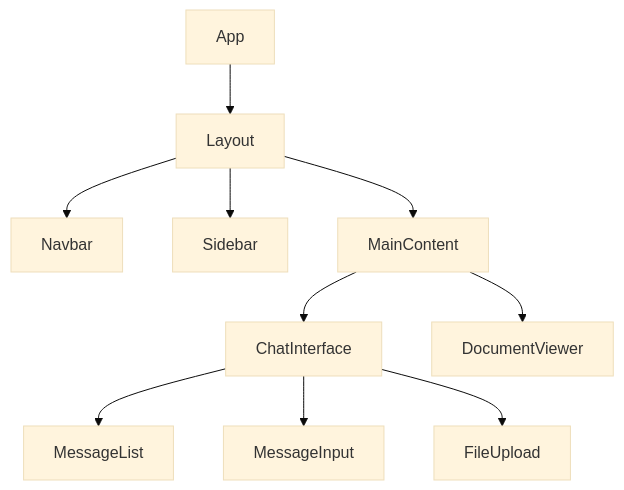
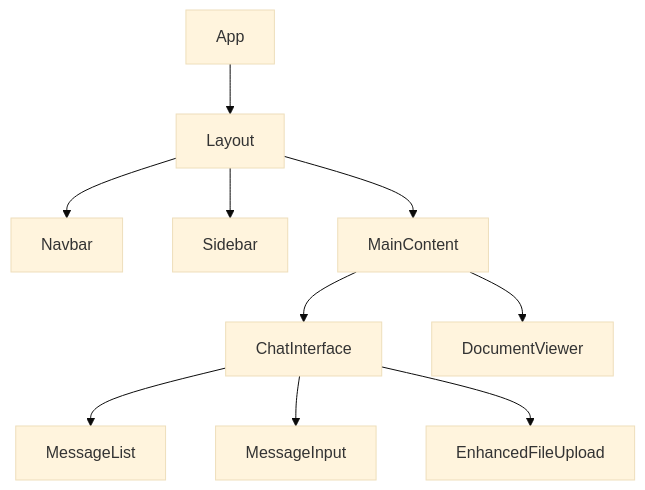
The diagram in docs/frontend_components.rst (aniketsharma21/rag_llm), drawn with Mermaid (base theme) before and after one commit. The commit also changed other lines of this file and 4 other files, not shown here.

```diff
--- a/docs/frontend_components.rst
+++ b/docs/frontend_components.rst
@@ -15,14 +13,14 @@
 .. mermaid::
    :align: center
    :caption: Frontend Component Architecture
 
-   flowchart TD
-       A[App] --> B[Layout]
-       B --> C[Navbar]
-       B --> D[Sidebar]
-       B --> E[MainContent]
-       E --> F[ChatInterface]
-       E --> G[DocumentViewer]
-       F --> H[MessageList]
-       F --> I[MessageInput]
-       F --> J[FileUpload]
+   graph TD
+       A[App] --> B[Layout];
+       B --> C[Navbar];
+       B --> D[Sidebar];
+       B --> E[MainContent];
+       E --> F[ChatInterface];
+       E --> G[DocumentViewer];
+       F --> H[MessageList];
+       F --> I[MessageInput];
+       F --> J[EnhancedFileUpload];
```
